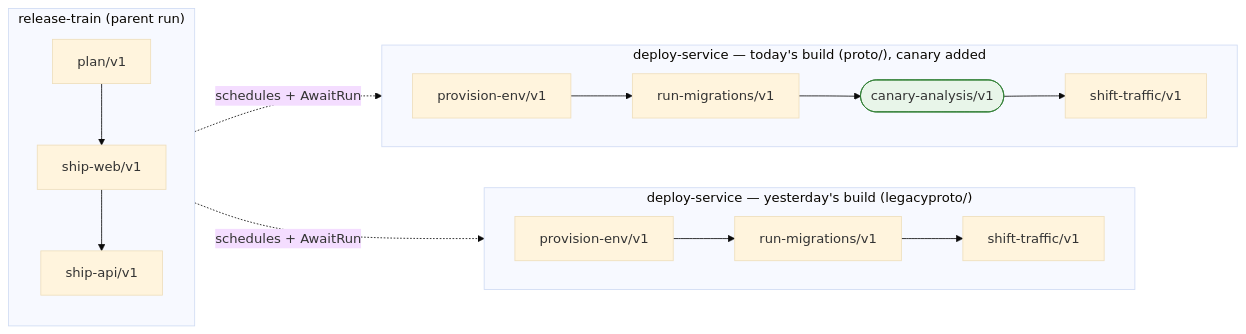
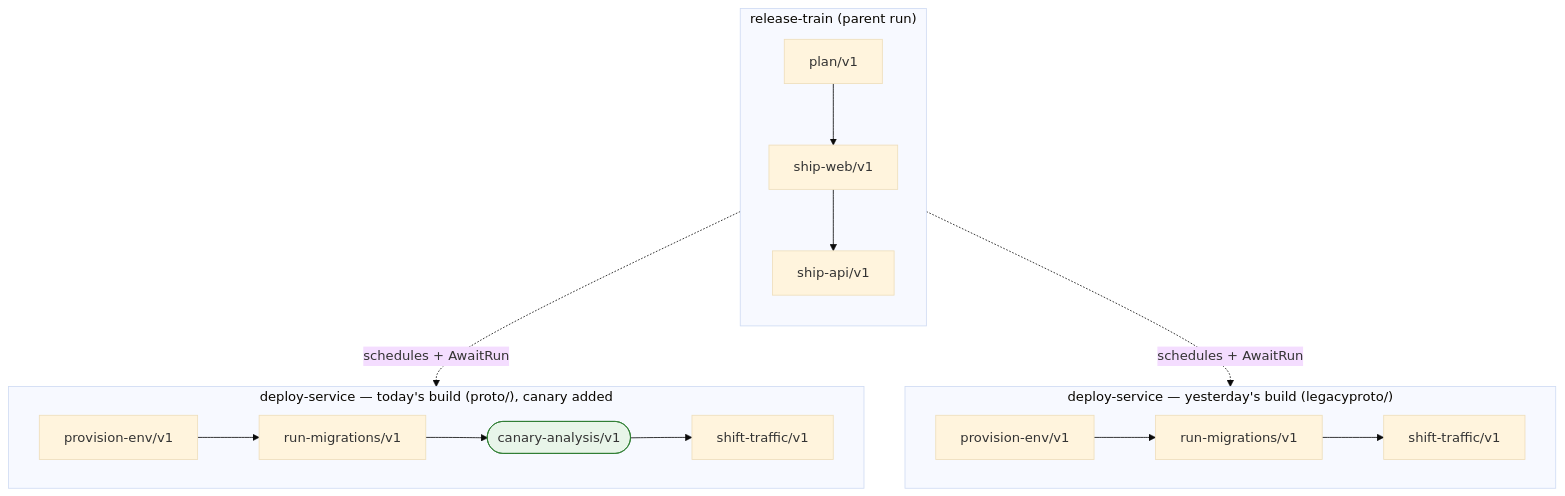
Before and after one commit to dangra/durable: the first of 2 diagrams in examples/release-train/README.md, drawn with Mermaid (base theme).

Commit message:
README: top-level flowchart direction TB as well

````diff
--- a/examples/release-train/README.md
+++ b/examples/release-train/README.md
@@ -21,22 +21,22 @@
 ```mermaid
-flowchart LR
+flowchart TB
     subgraph train["release-train (parent run)"]
         direction TB
         P[plan/v1] --> SW[ship-web/v1] --> SA[ship-api/v1]
     end
 
     subgraph deployV1["deploy-service — yesterday's build (legacyproto/)"]
         direction LR
         A1[provision-env/v1] --> B1[run-migrations/v1] --> D1[shift-traffic/v1]
     end
 
     subgraph deployV2["deploy-service — today's build (proto/), canary added"]
         direction LR
         A2[provision-env/v1] --> B2[run-migrations/v1] --> C2([canary-analysis/v1]) --> D2[shift-traffic/v1]
     end
 
     SW -. "schedules + AwaitRun" .-> A1
     SA -. "schedules + AwaitRun" .-> A2
 
     style C2 fill:#e8f5e9,stroke:#2e7d32
 ```
````
